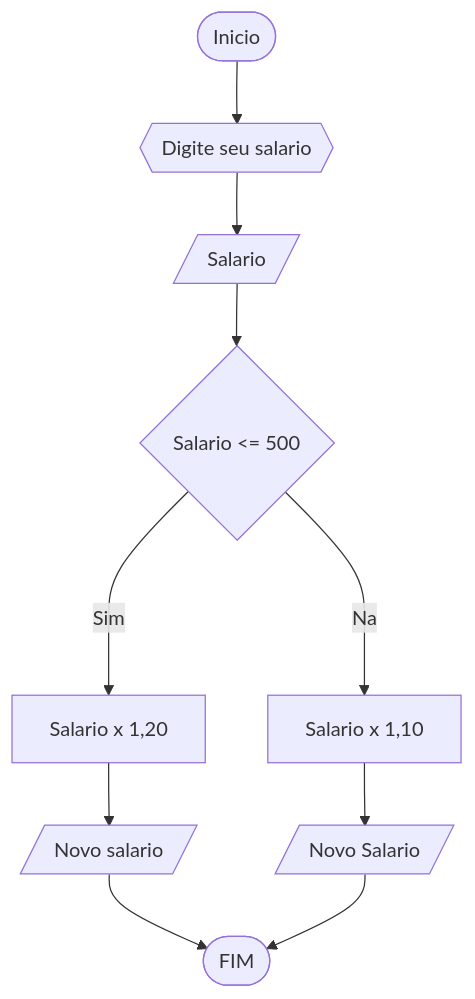
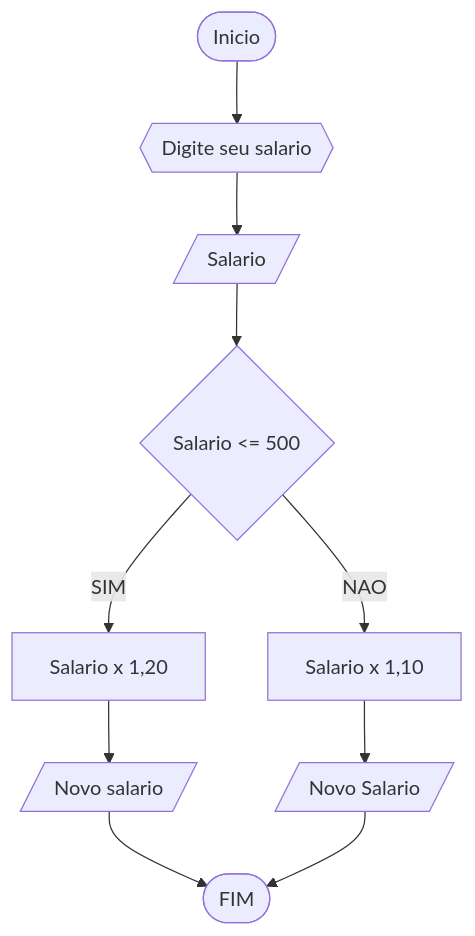
One commit to paaiva/UNIFOR2 changed the fourth of 4 diagrams in RLB/lista1_exercicios.md. Above: the diagram before and after it, drawn with Mermaid. The commit also changed other lines of this file, not shown here.

````diff
--- a/RLB/lista1_exercicios.md
+++ b/RLB/lista1_exercicios.md
@@ -116,12 +116,12 @@
 ```mermaid
 flowchart TD
 A([Inicio])-->B{{Digite seu salario}}
 B-->C[/Salario/]
 C-->D{Salario <= 500}
-D--Sim-->E[Salario x 1,20]
+D--SIM-->E[Salario x 1,20]
 E-->F[/Novo salario/]
 F-->G([FIM])
-D--Nao-->H[Salario x 1,10]
+D--NAO-->H[Salario x 1,10]
 H-->I[/Novo Salario/]
 I-->G
 ```
````
